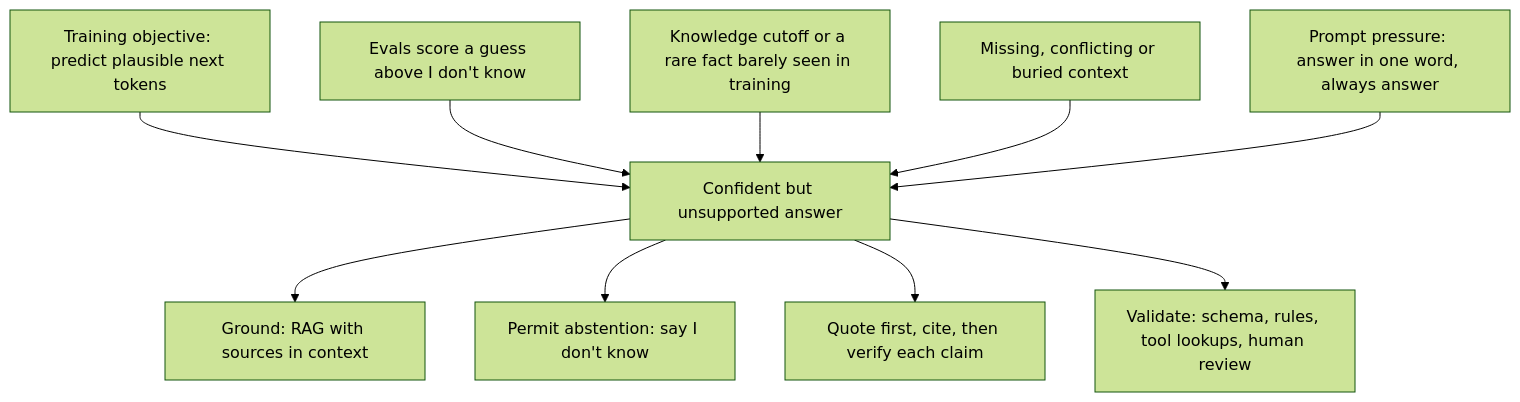
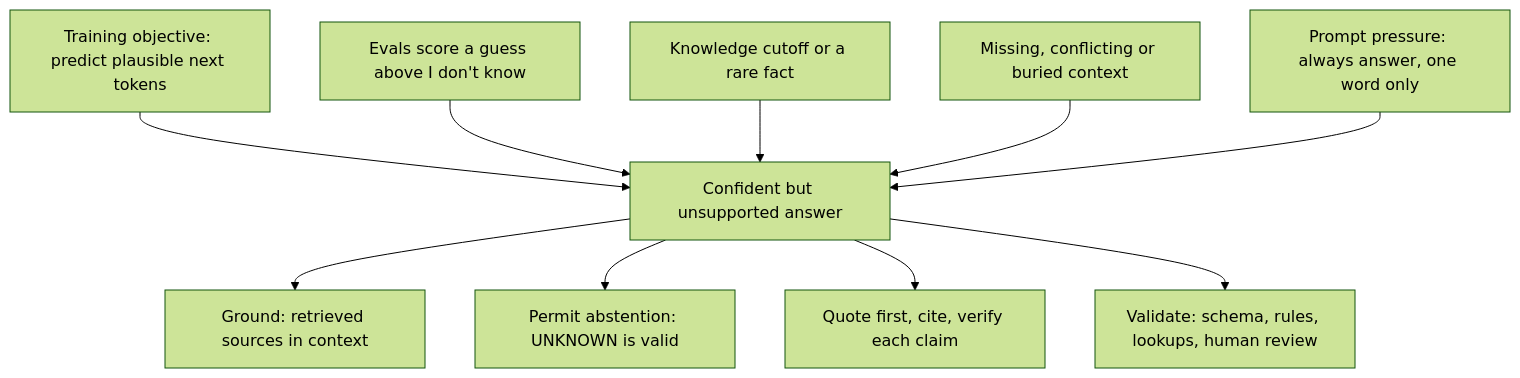
One commit to vishalhulawale/knowledge-base changed the second of 2 diagrams in docs/genai/01-llm-fundamentals-tokens-context-window-temperature-hallucina.md. Above: the diagram before and after it, drawn with Mermaid (forest theme). The commit also changed other lines of this file and 2 other files, not shown here.

````diff
--- a/docs/genai/01-llm-fundamentals-tokens-context-window-temperature-hallucina.md
+++ b/docs/genai/01-llm-fundamentals-tokens-context-window-temperature-hallucina.md
@@ -108,12 +104,12 @@
 ```mermaid
 flowchart TD
     A["Training objective: predict plausible next tokens"] --> H["Confident but unsupported answer"]
     B["Evals score a guess above I don't know"] --> H
-    C["Knowledge cutoff or a rare fact barely seen in training"] --> H
+    C["Knowledge cutoff or a rare fact"] --> H
     D["Missing, conflicting or buried context"] --> H
-    E["Prompt pressure: answer in one word, always answer"] --> H
-    H --> M1["Ground: RAG with sources in context"]
-    H --> M2["Permit abstention: say I don't know"]
-    H --> M3["Quote first, cite, then verify each claim"]
-    H --> M4["Validate: schema, rules, tool lookups, human review"]
+    E["Prompt pressure: always answer, one word only"] --> H
+    H --> M1["Ground: retrieved sources in context"]
+    H --> M2["Permit abstention: UNKNOWN is valid"]
+    H --> M3["Quote first, cite, verify each claim"]
+    H --> M4["Validate: schema, rules, lookups, human review"]
 ```
````
